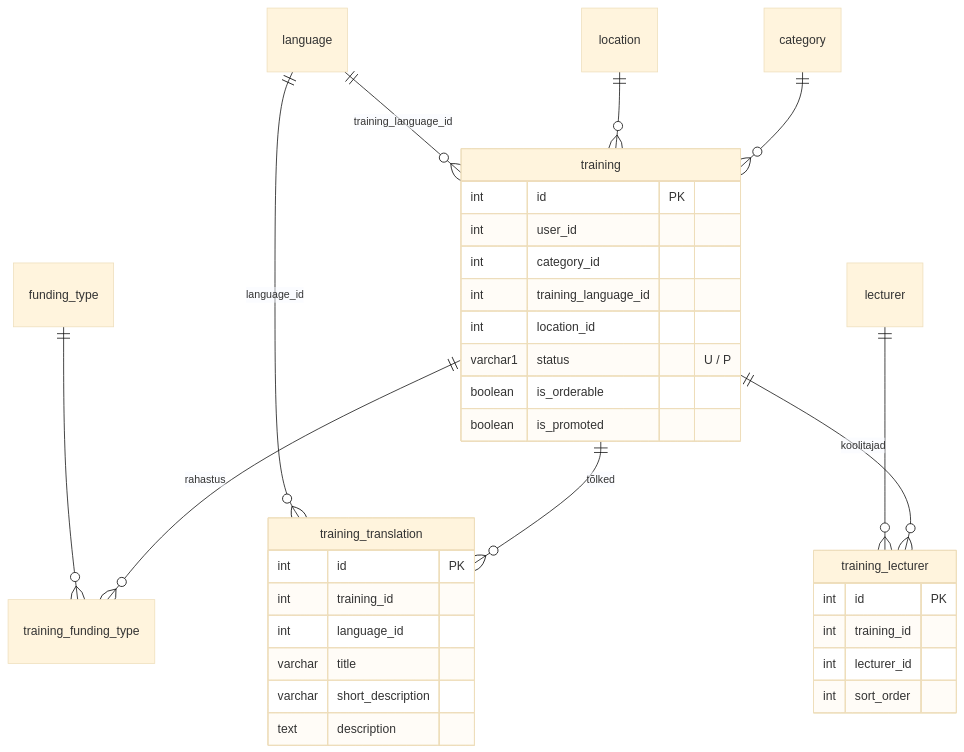
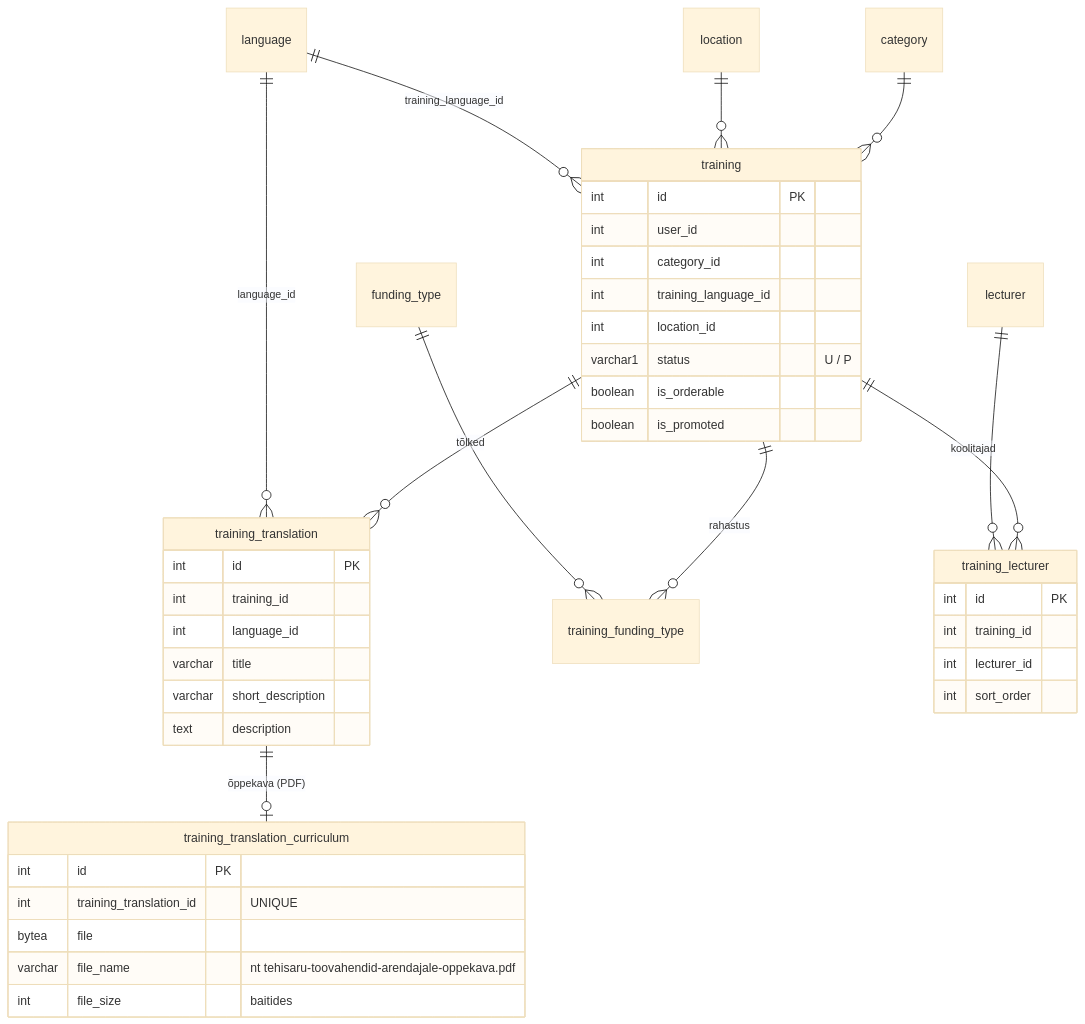
One commit to FredLehing/bcs-koolitused changed the seventh of 9 diagrams in docs/mock-wireframe/loo-mock-vaade/form-view/training-form-view-skeemid.md. Above: the diagram before and after it, drawn with Mermaid (base theme). The commit also changed other lines of this file and 9 other files, not shown here.

````diff
--- a/docs/mock-wireframe/loo-mock-vaade/form-view/training-form-view-skeemid.md
+++ b/docs/mock-wireframe/loo-mock-vaade/form-view/training-form-view-skeemid.md
@@ -291,37 +296,45 @@
 ```mermaid
 erDiagram
     training ||--o{ training_translation : "tõlked"
     training ||--o{ training_funding_type : "rahastus"
     funding_type ||--o{ training_funding_type : ""
     category ||--o{ training : ""
     location ||--o{ training : ""
     training ||--o{ training_lecturer : "koolitajad"
     lecturer ||--o{ training_lecturer : ""
     language ||--o{ training : "training_language_id"
     language ||--o{ training_translation : "language_id"
+    training_translation ||--o| training_translation_curriculum : "õppekava (PDF)"
 
     training {
         int id PK
         int user_id
         int category_id
         int training_language_id
         int location_id
         varchar1 status "U / P"
         boolean is_orderable
         boolean is_promoted
     }
     training_lecturer {
         int id PK
         int training_id
         int lecturer_id
         int sort_order
     }
     training_translation {
         int id PK
         int training_id
         int language_id
         varchar title
         varchar short_description
         text description
     }
+    training_translation_curriculum {
+        int id PK
+        int training_translation_id "UNIQUE"
+        bytea file
+        varchar file_name "nt tehisaru-toovahendid-arendajale-oppekava.pdf"
+        int file_size "baitides"
+    }
 ```
````
